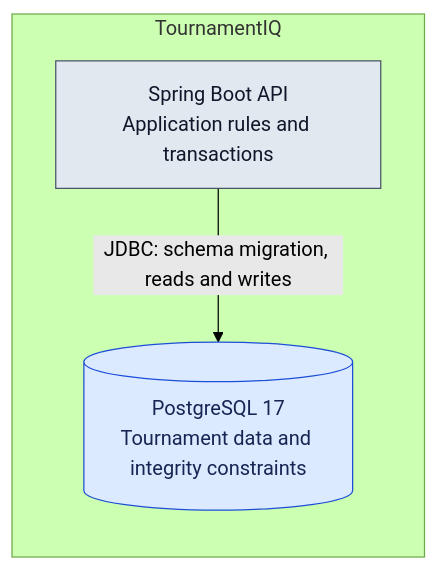
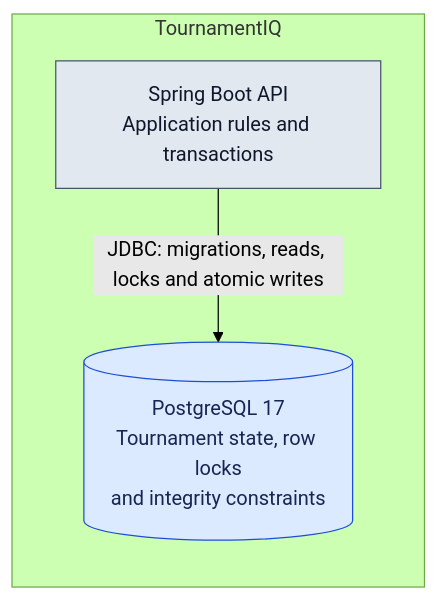
One commit to DmytroBrat/tournament-iq changed the diagram in docs/Target Architecture (HLD)/v1/Containers/PostgreSQL.md. Above: the diagram before and after it, drawn with Mermaid (forest theme). The commit also changed other lines of this file and 11 other files, not shown here.

````diff
--- a/docs/Target Architecture (HLD)/v1/Containers/PostgreSQL.md
+++ b/docs/Target Architecture (HLD)/v1/Containers/PostgreSQL.md
@@ -13,12 +13,12 @@
 ```mermaid
 flowchart LR
   subgraph TournamentIQ["TournamentIQ"]
     API["Spring Boot API<br/>Application rules and transactions"]
-    DB[("PostgreSQL 17<br/>Tournament data and integrity constraints")]
-    API -->|"JDBC: schema migration, reads and writes"| DB
+    DB[("PostgreSQL 17<br/>Tournament state, row locks<br/>and integrity constraints")]
+    API -->|"JDBC: migrations, reads, locks and atomic writes"| DB
   end
   classDef context fill:#e2e8f0,stroke:#475569,color:#0f172a
   classDef required fill:#dbeafe,stroke:#1d4ed8,color:#172554
   class API context
   class DB required
 ```
````
